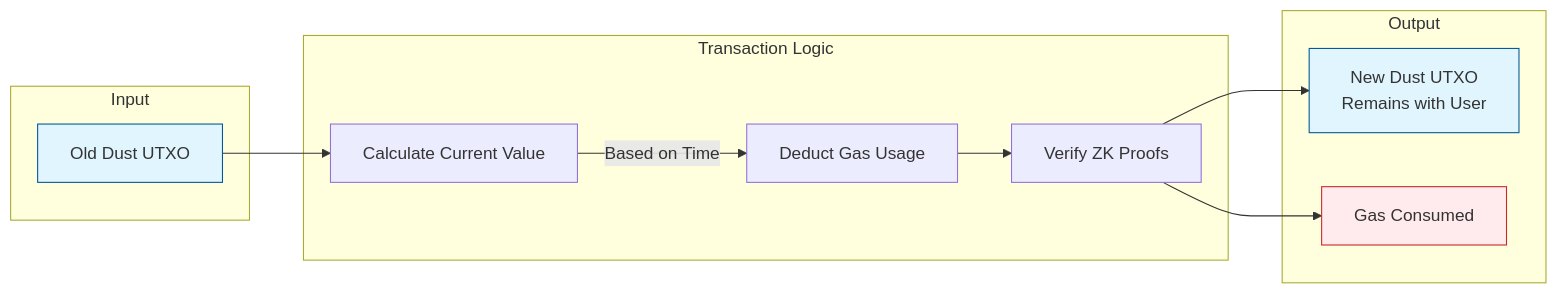
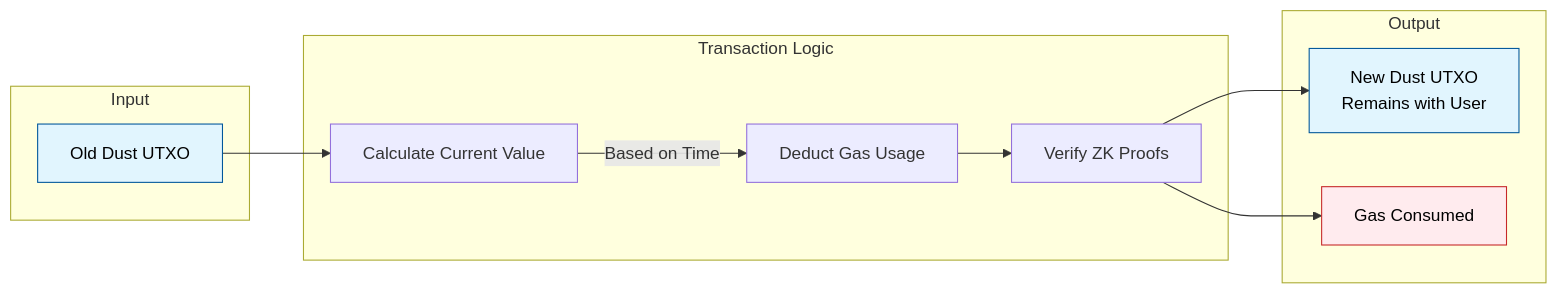
Before and after one commit to midnightntwrk/midnight-docs: the second of 3 diagrams in docs/concepts/dust-architecture.mdx, drawn with Mermaid. The commit also changed other lines of this file and 1 other file, not shown here.

Commit message:
fix: update mermaid diagrams to address accessibility issue

````diff
--- a/docs/concepts/dust-architecture.mdx
+++ b/docs/concepts/dust-architecture.mdx
@@ -204,27 +208,29 @@
 ```mermaid
 flowchart LR
     subgraph InputGroup [Input]
     OldDust[Old Dust UTXO]
     end
     
     subgraph Logic [Transaction Logic]
     Calc[Calculate Current Value]
     Fee[Deduct Gas Usage]
     ZK[Verify ZK Proofs]
     end
     
     subgraph Out [Output]
     NewDust[New Dust UTXO\nRemains with User]
     Network[Gas Consumed]
     end
     
     OldDust --> Calc
     Calc -- Based on Time --> Fee
     Fee --> ZK
     ZK --> NewDust
     ZK --> Network
     
-    style OldDust fill:#e1f5fe,stroke:#01579b
-    style NewDust fill:#e1f5fe,stroke:#01579b
-    style Network fill:#ffebee,stroke:#c62828
+    classDef info fill:#e1f5fe,stroke:#01579b,color:#000
+    classDef danger fill:#ffebee,stroke:#c62828,color:#000
+
+    class OldDust,NewDust info
+    class Network danger
 ```
````
